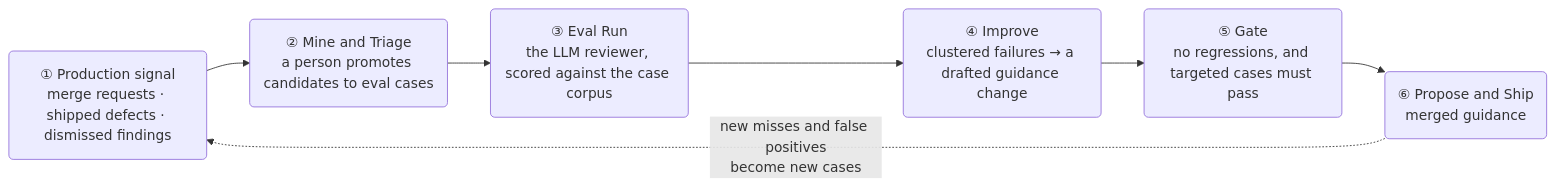
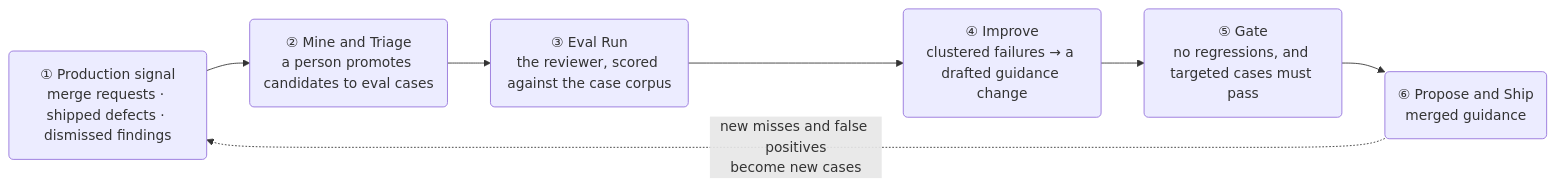
Before and after one commit to cadneowl/whetstone: the second of 3 diagrams in README.md, drawn with Mermaid. The commit also changed other lines of this file and 4 other files, not shown here.

````diff
--- a/README.md
+++ b/README.md
@@ -140,12 +143,12 @@
 ```mermaid
 flowchart LR
     P("① Production signal<br/>merge requests · shipped defects · dismissed findings")
     M("② Mine and Triage<br/>a person promotes candidates to eval cases")
-    E("③ Eval Run<br/>the LLM reviewer, scored against the case corpus")
+    E("③ Eval Run<br/>the reviewer, scored against the case corpus")
     I("④ Improve<br/>clustered failures → a drafted guidance change")
     G("⑤ Gate<br/>no regressions, and targeted cases must pass")
     S("⑥ Propose and Ship<br/>merged guidance")
 
     P --> M --> E --> I --> G --> S
     S -. "new misses and false positives<br/>become new cases" .-> P
 ```
````
